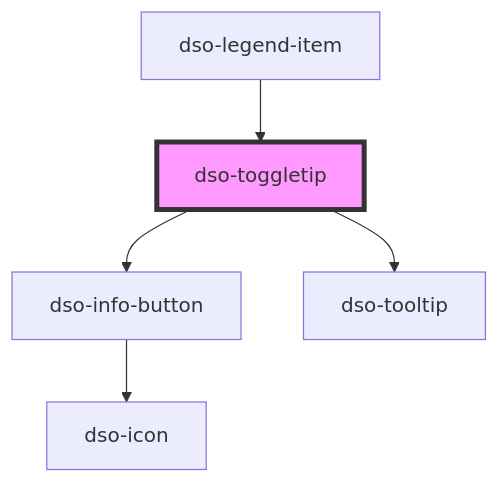
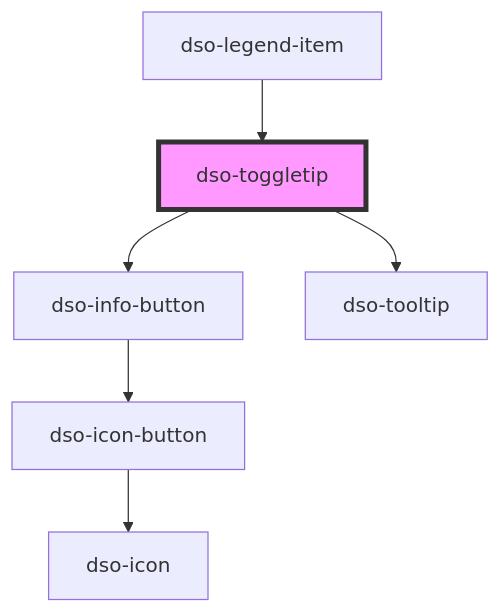
One commit to dso-toolkit/dso-toolkit changed the diagram in packages/core/src/components/toggletip/readme.md. Above: the diagram before and after it, drawn with Mermaid. The commit also changed 11 other files, not shown here.

Commit message:
#2315 [Added] Icon Button: Adds icon-button to info-button. Secondary yet ToDo

````diff
--- a/packages/core/src/components/toggletip/readme.md
+++ b/packages/core/src/components/toggletip/readme.md
@@ -28,8 +28,9 @@
 ```mermaid
 graph TD;
   dso-toggletip --> dso-info-button
   dso-toggletip --> dso-tooltip
-  dso-info-button --> dso-icon
+  dso-info-button --> dso-icon-button
+  dso-icon-button --> dso-icon
   dso-legend-item --> dso-toggletip
   style dso-toggletip fill:#f9f,stroke:#333,stroke-width:4px
 ```
````
